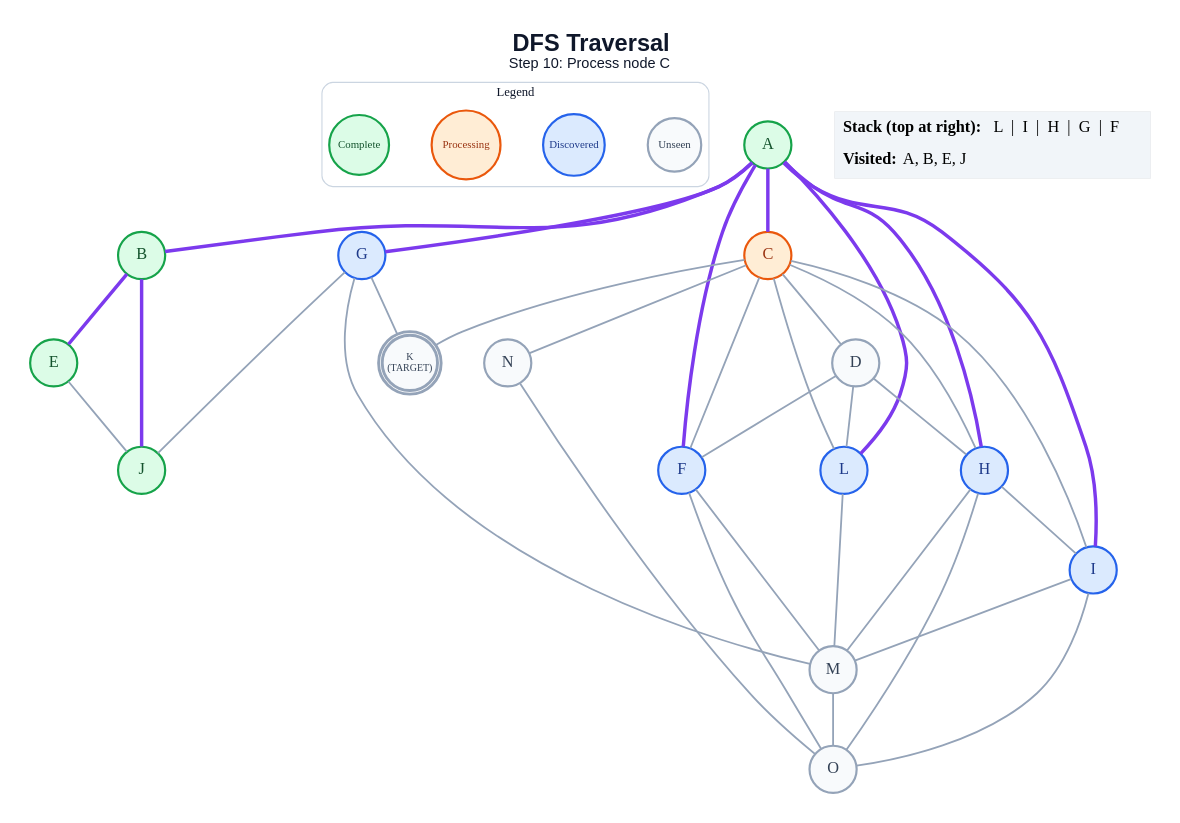
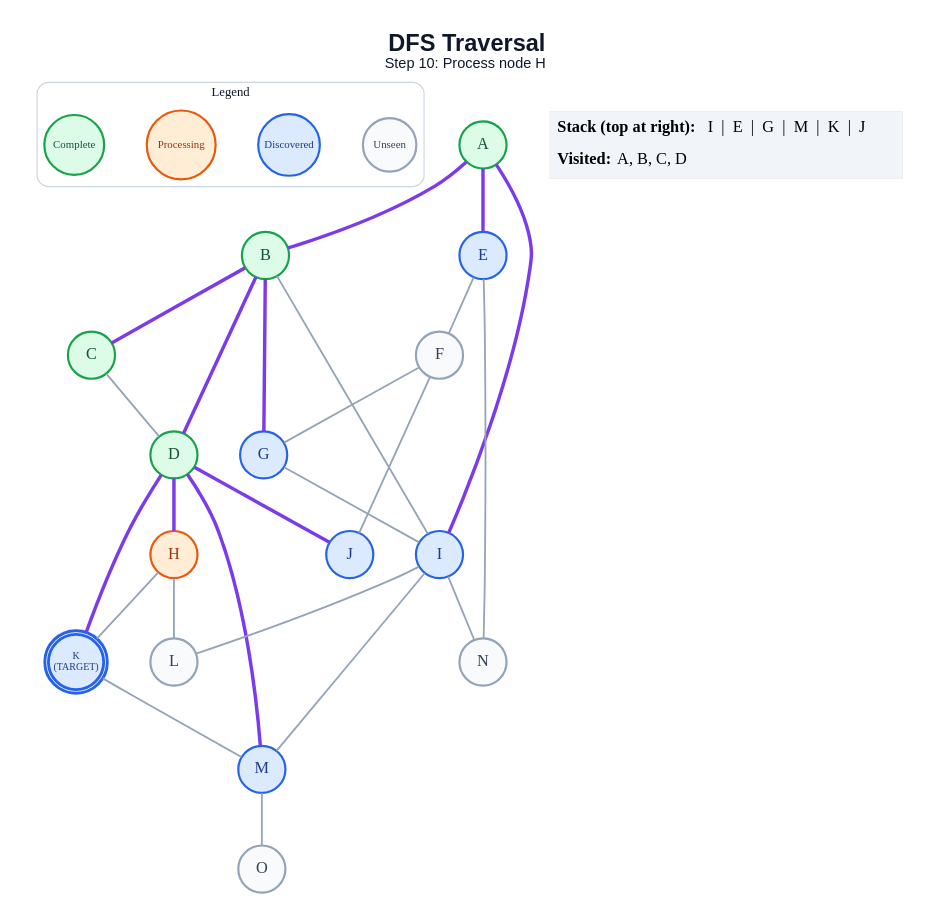
One commit to anon7238593-create/ai-slop changed the diagram in generated/dfs/step_10.dot. Above: the diagram before and after it, drawn with Graphviz. The commit also changed 264 other files, not shown here.

```diff
--- a/generated/dfs/step_10.dot
+++ b/generated/dfs/step_10.dot
@@ -1,67 +1,58 @@
 graph traversal {
   graph [layout=dot, rankdir=TB, bgcolor="#FFFFFF", pad="0.35", nodesep="0.65", ranksep="0.8", fontname="Arial"];
   node [shape=circle, style="filled", fontname="Arial Bold", fontsize=18, width=0.72, fixedsize=true, penwidth=2.4];
   edge [color="#94A3B8", penwidth=2.0];
-  label=<<B>DFS Traversal</B><BR/><FONT POINT-SIZE="16">Step 10: Process node C</FONT>>; labelloc="t"; fontsize=26; fontname="Arial"; fontcolor="#0F172A";
+  label=<<B>DFS Traversal</B><BR/><FONT POINT-SIZE="16">Step 10: Process node H</FONT>>; labelloc="t"; fontsize=26; fontname="Arial"; fontcolor="#0F172A";
   subgraph cluster_legend { label="Legend"; color="#CBD5E1"; penwidth=1.2; style="rounded"; fontsize=14; fontname="Arial Bold";
     key_unseen [label="Unseen", fillcolor="#F8FAFC", color="#94A3B8", fontcolor="#334155", fontsize=12, width=0.82];
     key_frontier [label="Discovered", fillcolor="#DBEAFE", color="#2563EB", fontcolor="#1E3A8A", fontsize=12, width=0.95];
     key_current [label="Processing", fillcolor="#FFEDD5", color="#EA580C", fontcolor="#9A3412", fontsize=12, width=1.05];
     key_done [label="Complete", fillcolor="#DCFCE7", color="#16A34A", fontcolor="#14532D", fontsize=12, width=0.92];
     { rank=same; key_unseen; key_frontier; key_current; key_done; }
   }
   A [label="A", fillcolor="#DCFCE7", color="#16A34A", fontcolor="#14532D", peripheries=1, penwidth=2.4];
   B [label="B", fillcolor="#DCFCE7", color="#16A34A", fontcolor="#14532D", peripheries=1, penwidth=2.4];
-  C [label="C", fillcolor="#FFEDD5", color="#EA580C", fontcolor="#9A3412", peripheries=1, penwidth=2.4];
-  D [label="D", fillcolor="#F8FAFC", color="#94A3B8", fontcolor="#334155", peripheries=1, penwidth=2.4];
-  E [label="E", fillcolor="#DCFCE7", color="#16A34A", fontcolor="#14532D", peripheries=1, penwidth=2.4];
-  F [label="F", fillcolor="#DBEAFE", color="#2563EB", fontcolor="#1E3A8A", peripheries=1, penwidth=2.4];
+  C [label="C", fillcolor="#DCFCE7", color="#16A34A", fontcolor="#14532D", peripheries=1, penwidth=2.4];
+  D [label="D", fillcolor="#DCFCE7", color="#16A34A", fontcolor="#14532D", peripheries=1, penwidth=2.4];
+  E [label="E", fillcolor="#DBEAFE", color="#2563EB", fontcolor="#1E3A8A", peripheries=1, penwidth=2.4];
+  F [label="F", fillcolor="#F8FAFC", color="#94A3B8", fontcolor="#334155", peripheries=1, penwidth=2.4];
   G [label="G", fillcolor="#DBEAFE", color="#2563EB", fontcolor="#1E3A8A", peripheries=1, penwidth=2.4];
-  H [label="H", fillcolor="#DBEAFE", color="#2563EB", fontcolor="#1E3A8A", peripheries=1, penwidth=2.4];
+  H [label="H", fillcolor="#FFEDD5", color="#EA580C", fontcolor="#9A3412", peripheries=1, penwidth=2.4];
   I [label="I", fillcolor="#DBEAFE", color="#2563EB", fontcolor="#1E3A8A", peripheries=1, penwidth=2.4];
-  J [label="J", fillcolor="#DCFCE7", color="#16A34A", fontcolor="#14532D", peripheries=1, penwidth=2.4];
-  K [label="K\n(TARGET)", fillcolor="#F8FAFC", color="#94A3B8", fontcolor="#334155", peripheries=2, penwidth=3.2, fontsize=11, width=0.85, height=0.85];
-  L [label="L", fillcolor="#DBEAFE", color="#2563EB", fontcolor="#1E3A8A", peripheries=1, penwidth=2.4];
-  M [label="M", fillcolor="#F8FAFC", color="#94A3B8", fontcolor="#334155", peripheries=1, penwidth=2.4];
+  J [label="J", fillcolor="#DBEAFE", color="#2563EB", fontcolor="#1E3A8A", peripheries=1, penwidth=2.4];
+  K [label="K\n(TARGET)", fillcolor="#DBEAFE", color="#2563EB", fontcolor="#1E3A8A", peripheries=2, penwidth=3.2, fontsize=11, width=0.85, height=0.85];
+  L [label="L", fillcolor="#F8FAFC", color="#94A3B8", fontcolor="#334155", peripheries=1, penwidth=2.4];
+  M [label="M", fillcolor="#DBEAFE", color="#2563EB", fontcolor="#1E3A8A", peripheries=1, penwidth=2.4];
   N [label="N", fillcolor="#F8FAFC", color="#94A3B8", fontcolor="#334155", peripheries=1, penwidth=2.4];
   O [label="O", fillcolor="#F8FAFC", color="#94A3B8", fontcolor="#334155", peripheries=1, penwidth=2.4];
   A -- B [color="#7C3AED", penwidth=3.8];
-  A -- C [color="#7C3AED", penwidth=3.8];
-  A -- F [color="#7C3AED", penwidth=3.8];
-  A -- G [color="#7C3AED", penwidth=3.8];
-  A -- H [color="#7C3AED", penwidth=3.8];
+  A -- E [color="#7C3AED", penwidth=3.8];
   A -- I [color="#7C3AED", penwidth=3.8];
-  A -- L [color="#7C3AED", penwidth=3.8];
-  B -- E [color="#7C3AED", penwidth=3.8];
-  B -- J [color="#7C3AED", penwidth=3.8];
+  B -- C [color="#7C3AED", penwidth=3.8];
+  B -- D [color="#7C3AED", penwidth=3.8];
+  B -- G [color="#7C3AED", penwidth=3.8];
+  B -- I;
   C -- D;
-  C -- F;
-  C -- H;
-  C -- I;
-  C -- K;
-  C -- L;
-  C -- N;
-  D -- F;
-  D -- H;
-  D -- L;
-  E -- J;
-  F -- M;
-  F -- O;
-  G -- J;
-  G -- K;
-  G -- M;
-  H -- I;
-  H -- M;
-  H -- O;
+  D -- H [color="#7C3AED", penwidth=3.8];
+  D -- J [color="#7C3AED", penwidth=3.8];
+  D -- K [color="#7C3AED", penwidth=3.8];
+  D -- M [color="#7C3AED", penwidth=3.8];
+  E -- F;
+  E -- N;
+  F -- G;
+  F -- J;
+  G -- I;
+  H -- K;
+  H -- L;
+  I -- L;
   I -- M;
-  I -- O;
-  L -- M;
+  I -- N;
+  K -- M;
   M -- O;
-  N -- O;
   status [shape=plain, fixedsize=false, width=0, height=0, margin=0, label=<
     <TABLE BORDER="0" CELLBORDER="0" CELLPADDING="7" BGCOLOR="#F1F5F9">
-      <TR><TD ALIGN="LEFT"><B>Stack (top at right):</B> L  |  I  |  H  |  G  |  F</TD></TR>
-      <TR><TD ALIGN="LEFT"><B>Visited:</B> A, B, E, J</TD></TR>
+      <TR><TD ALIGN="LEFT"><B>Stack (top at right):</B> I  |  E  |  G  |  M  |  K  |  J</TD></TR>
+      <TR><TD ALIGN="LEFT"><B>Visited:</B> A, B, C, D</TD></TR>
     </TABLE>
   >];
 }
```
